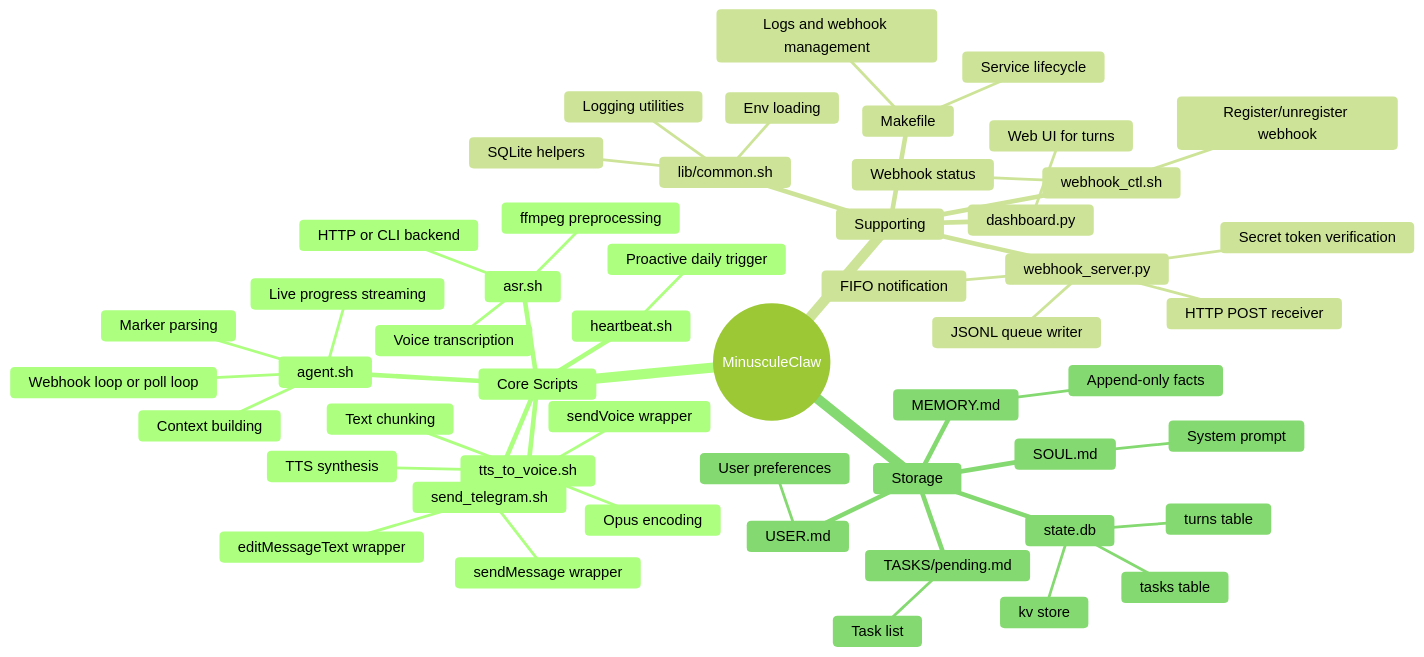
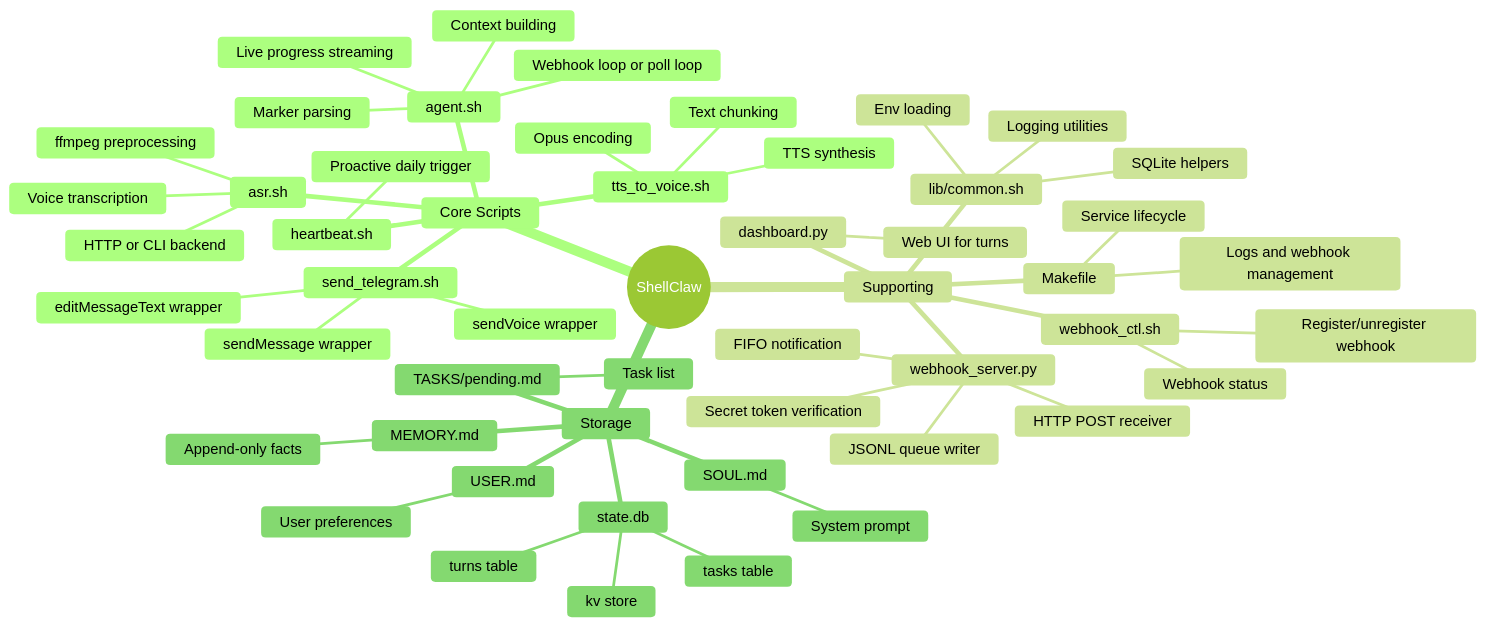
One commit to lsj5031/MinusculeClaw changed the eighth of 9 diagrams in README.md. Above: the diagram before and after it, drawn with Mermaid (forest theme). The commit also changed other lines of this file and 21 other files, not shown here.

Commit message:
Rebrand project to ShellClaw and update logo

````diff
--- a/README.md
+++ b/README.md
@@ -423,55 +421,55 @@
 ```mermaid
 mindmap
-  root((MinusculeClaw))
+  root((ShellClaw))
     Core Scripts
       agent.sh
         Webhook loop or poll loop
         Context building
         Marker parsing
         Live progress streaming
       asr.sh
         Voice transcription
         ffmpeg preprocessing
         HTTP or CLI backend
       tts_to_voice.sh
         Text chunking
         TTS synthesis
         Opus encoding
       send_telegram.sh
         sendMessage wrapper
         sendVoice wrapper
         editMessageText wrapper
       heartbeat.sh
         Proactive daily trigger
     Supporting
       lib/common.sh
         Env loading
         SQLite helpers
         Logging utilities
       webhook_server.py
         HTTP POST receiver
         Secret token verification
         FIFO notification
         JSONL queue writer
       webhook_ctl.sh
         Register/unregister webhook
         Webhook status
       dashboard.py
         Web UI for turns
       Makefile
         Service lifecycle
         Logs and webhook management
     Storage
       state.db
         turns table
         tasks table
         kv store
       MEMORY.md
         Append-only facts
       TASKS/pending.md
         Task list
       SOUL.md
         System prompt
       USER.md
         User preferences
 ```
````
